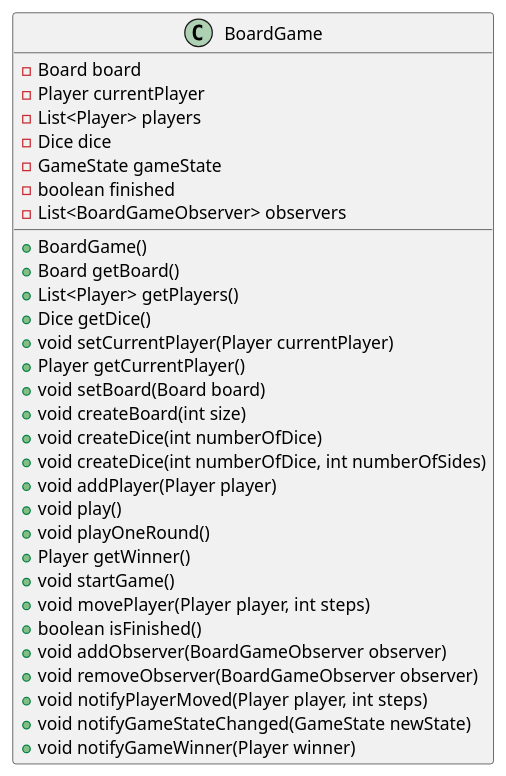
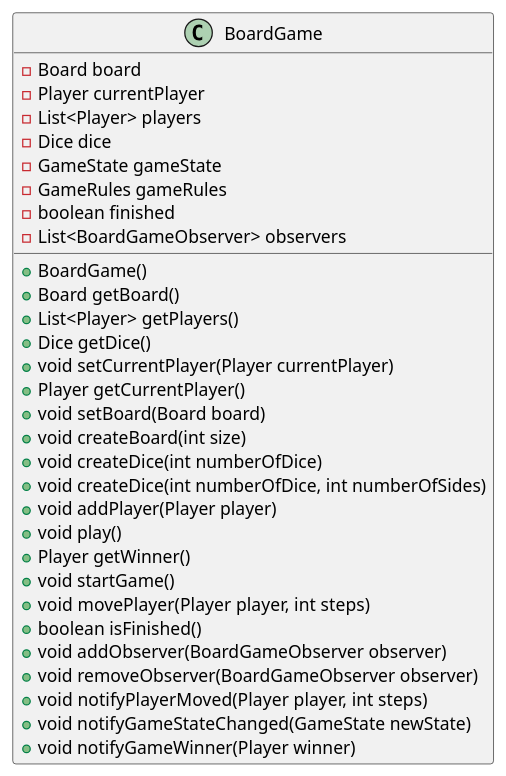
Before and after one commit to Oleandertengesdal/IDATT2003-MAPPE: the diagram in diagram/models/BoardGame.puml, drawn with PlantUML. The commit also changed 7 other files, not shown here.

First line of the commit message:
Created diagrams

```diff
--- a/diagram/models/BoardGame.puml
+++ b/diagram/models/BoardGame.puml
@@ -1,33 +1,33 @@
 @startuml
 class BoardGame {
     - Board board
     - Player currentPlayer
     - List<Player> players
     - Dice dice
     - GameState gameState
+    - GameRules gameRules
     - boolean finished
     - List<BoardGameObserver> observers
     + BoardGame()
     + Board getBoard()
     + List<Player> getPlayers()
     + Dice getDice()
     + void setCurrentPlayer(Player currentPlayer)
     + Player getCurrentPlayer()
     + void setBoard(Board board)
     + void createBoard(int size)
     + void createDice(int numberOfDice)
     + void createDice(int numberOfDice, int numberOfSides)
     + void addPlayer(Player player)
     + void play()
-    + void playOneRound()
     + Player getWinner()
     + void startGame()
     + void movePlayer(Player player, int steps)
     + boolean isFinished()
     + void addObserver(BoardGameObserver observer)
     + void removeObserver(BoardGameObserver observer)
     + void notifyPlayerMoved(Player player, int steps)
     + void notifyGameStateChanged(GameState newState)
     + void notifyGameWinner(Player winner)
 }
 @enduml
```
